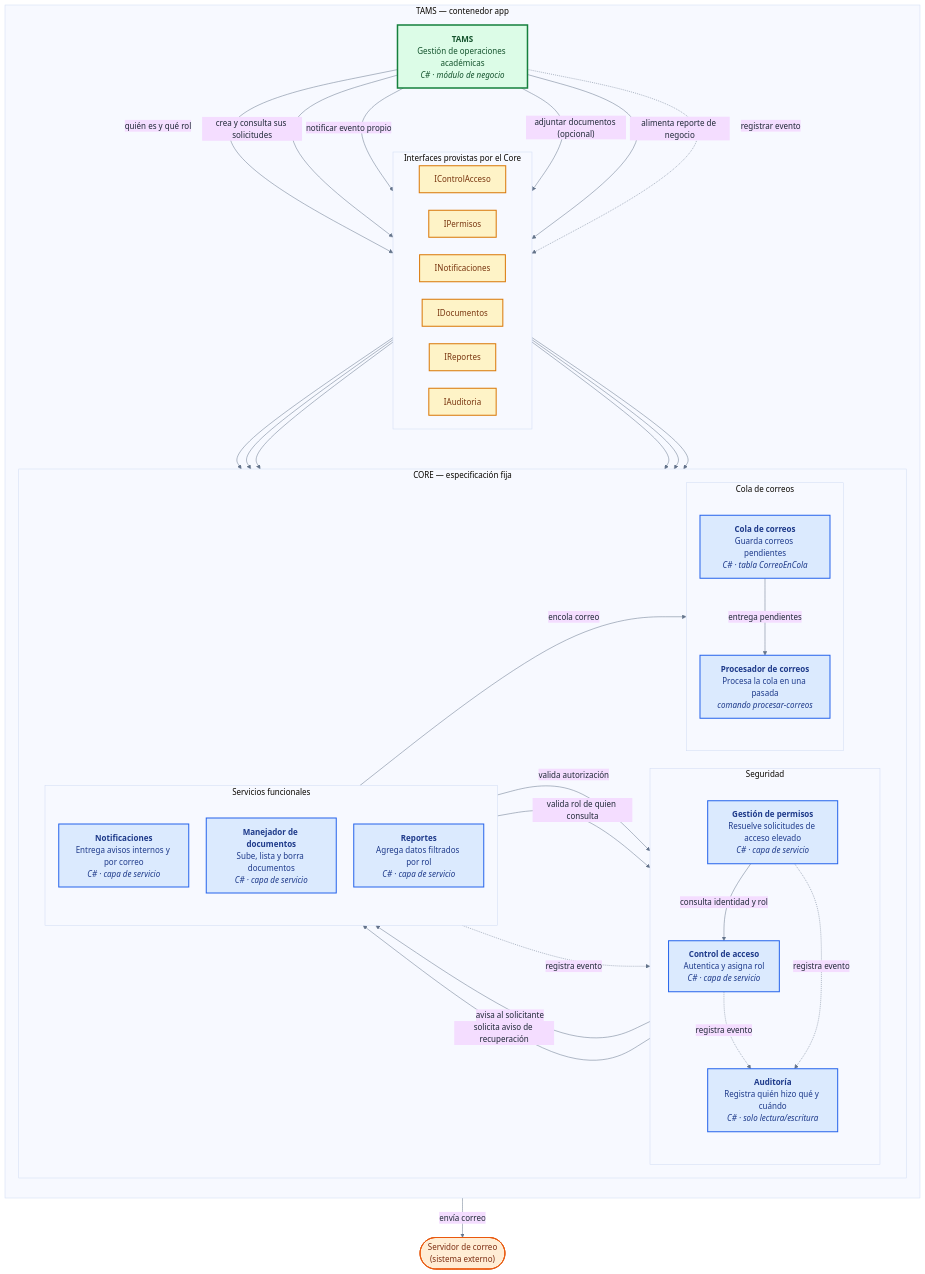
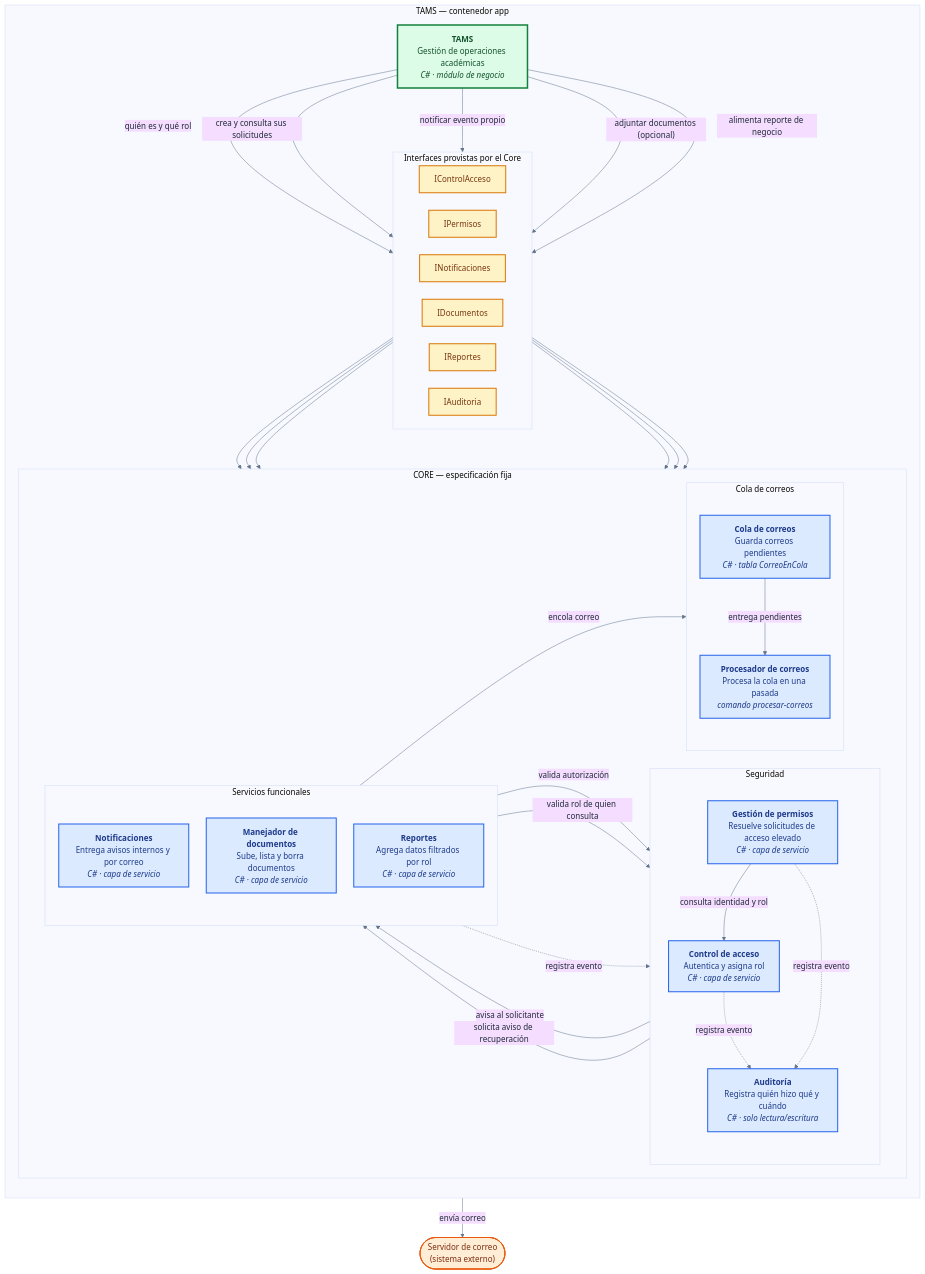
Before and after one commit to soleyniesandovals-rgb/TAMS: the diagram in README.md, drawn with Mermaid. The commit also changed other lines of this file, not shown here.

Commit message:
docs(A4): ajusta la estructura y el diagrama a la auditoría implementada (CA-23)

```diff
--- a/README.md
+++ b/README.md
@@ -71,7 +71,6 @@
     TAMSAPP -->|"notificar evento propio"| INOTI
     TAMSAPP -->|"adjuntar documentos (opcional)"| IDOC
     TAMSAPP -->|"alimenta reporte de negocio"| IREP
-    TAMSAPP -.->|"registrar evento"| IAUD
 
     %% interfaces -> Core
     IACC --> ACC
```
